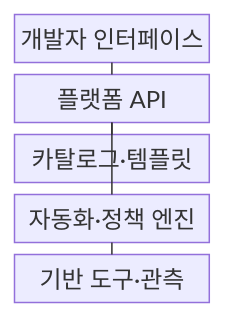
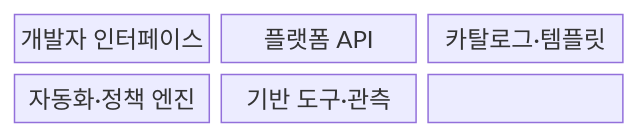
One commit to agnusdei1207/knowledge-base changed the first of 2 diagrams in src/content/docs/notes/08-latest-tech/176_idp.md. Above: the diagram before and after it, drawn with Mermaid. The commit also changed other lines of this file and 228 other files, not shown here.

````diff
--- a/src/content/docs/notes/08-latest-tech/176_idp.md
+++ b/src/content/docs/notes/08-latest-tech/176_idp.md
@@ -49,13 +47,11 @@
 ```mermaid
 block-beta
-  columns 1
-  interface["개발자 인터페이스"]
-  api["플랫폼 API"]
-  catalog["카탈로그·템플릿"]
-  automation["자동화·정책 엔진"]
-  foundation["기반 도구·관측"]
-  interface --- api
-  api --- catalog
-  api --- automation
-  automation --- foundation
+  columns 3
+  N0["개발자 인터페이스"]
+  N1["플랫폼 API"]
+  N2["카탈로그·템플릿"]
+  N3["자동화·정책 엔진"]
+  N4["기반 도구·관측"]
+  N0 --- N1 --- N2
+  N2 --- N3 --- N4
 ```
````
